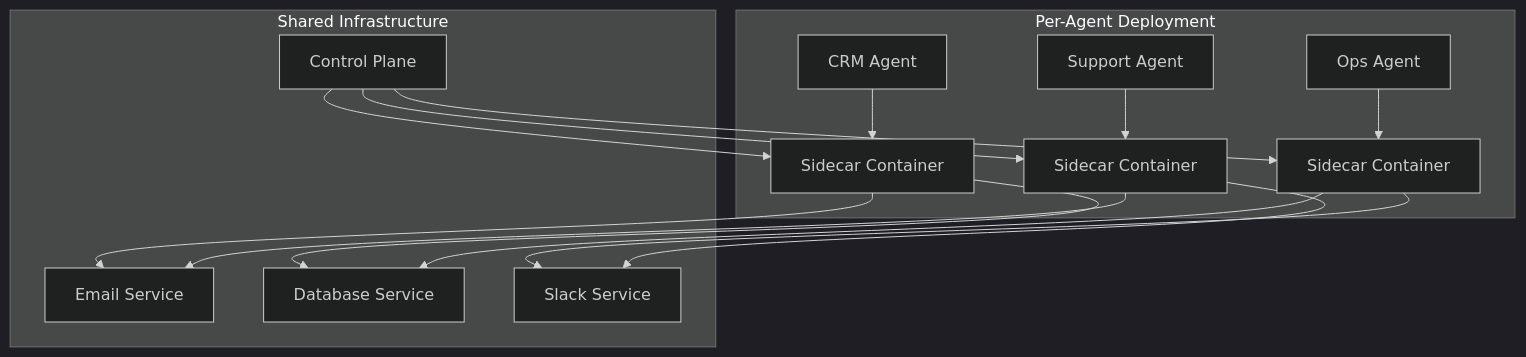
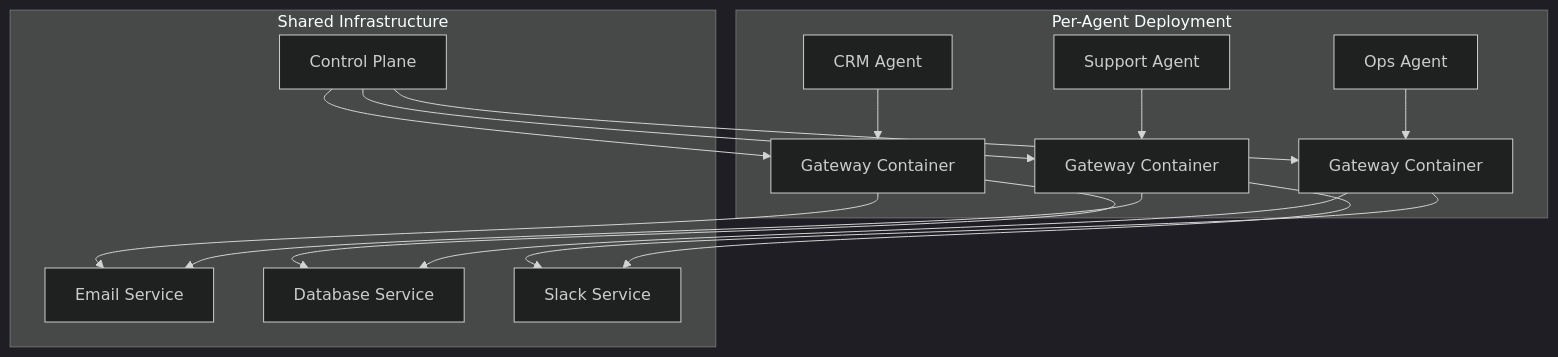
The seventh of 41 diagrams in docs/gateway-architecture.md (hk-775/ostiari), drawn with Mermaid (dark theme) before and after one commit. The commit also changed other lines of this file and 21 other files, not shown here.

````diff
--- a/docs/gateway-architecture.md
+++ b/docs/gateway-architecture.md
@@ -397,25 +597,25 @@
 ```mermaid
 graph TB
     subgraph "Per-Agent Deployment"
-        A1[CRM Agent] --> SC1[Sidecar Container]
-        A2[Ops Agent] --> SC2[Sidecar Container]
-        A3[Support Agent] --> SC3[Sidecar Container]
+        A1[CRM Agent] --> SC1[Gateway Container]
+        A2[Ops Agent] --> SC2[Gateway Container]
+        A3[Support Agent] --> SC3[Gateway Container]
     end
 
     subgraph "Shared Infrastructure"
         CP[Control Plane]
         ES[Email Service]
         DBS[Database Service]
         SS[Slack Service]
     end
 
     SC1 --> ES
     SC1 --> DBS
     SC2 --> DBS
     SC2 --> SS
     SC3 --> ES
     SC3 --> SS
     CP --> SC1
     CP --> SC2
     CP --> SC3
 ```
````
